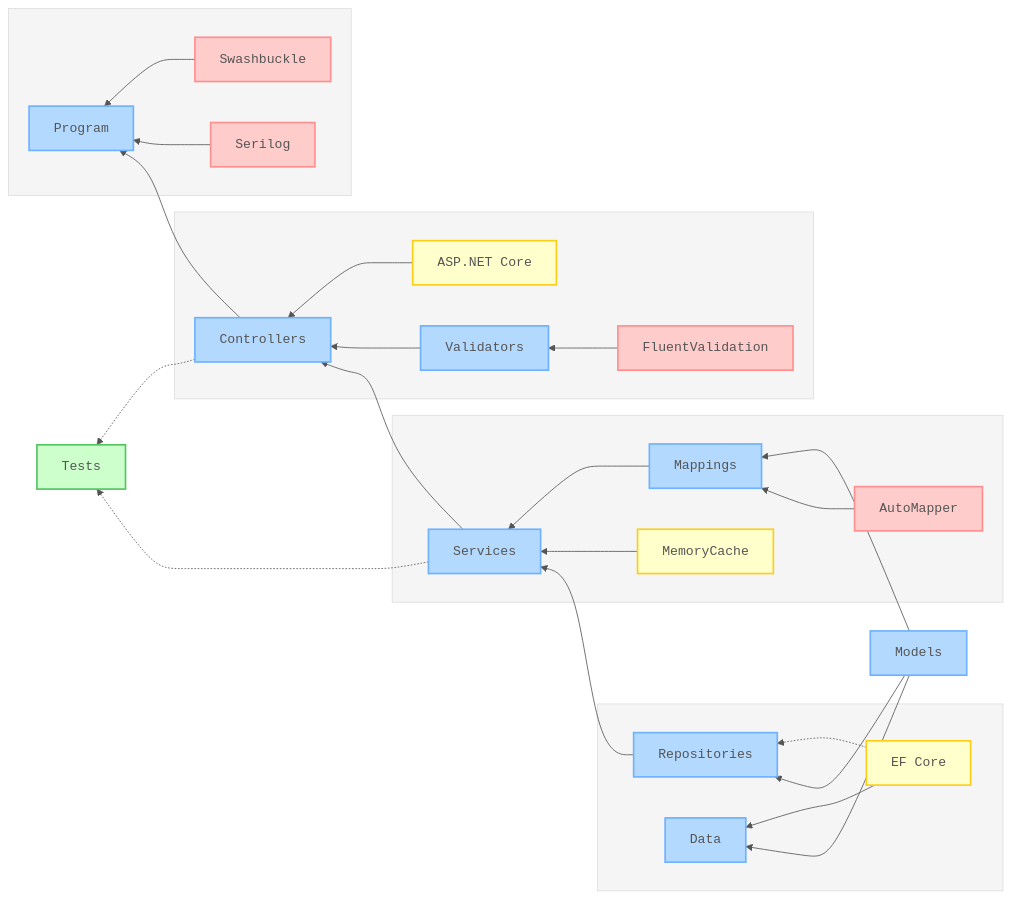
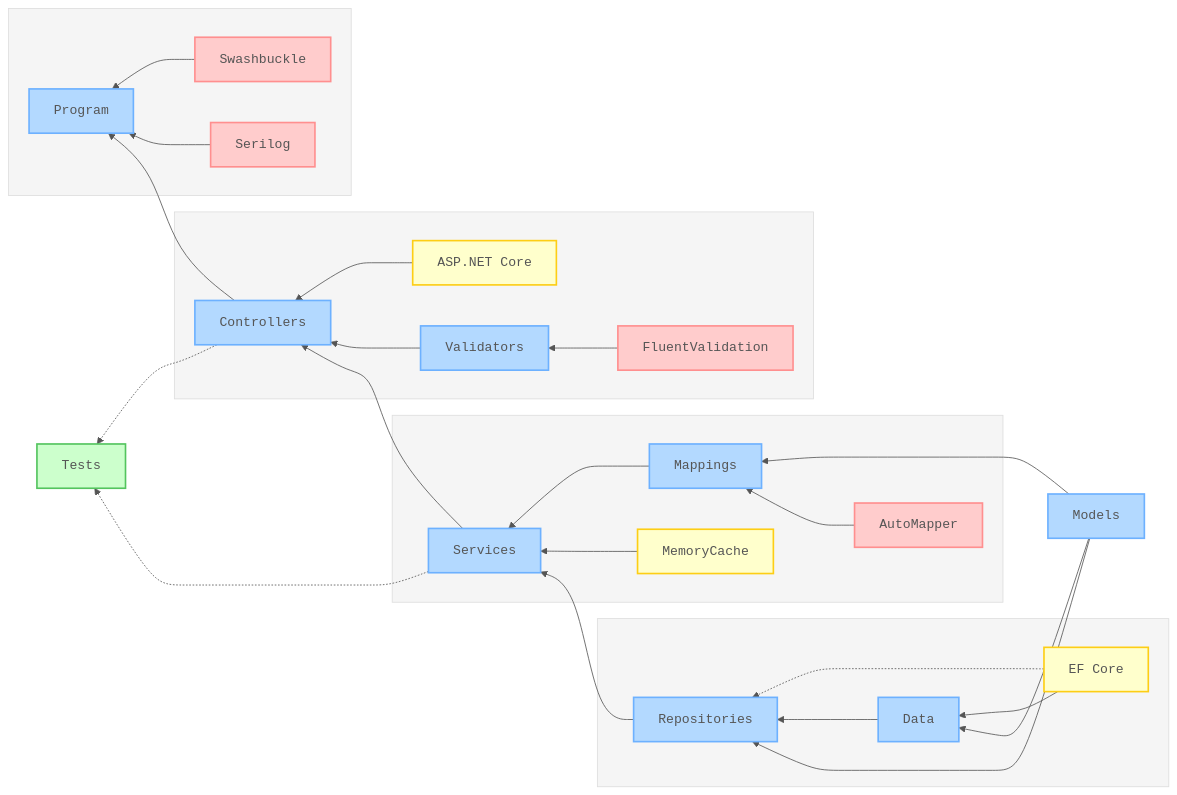
Before and after one commit to nanotaboada/Dotnet.Samples.AspNetCore.WebApi: the diagram in README.md, drawn with Mermaid.

Commit message:
docs(readme): add missing Data→Repositories dependency in diagram
- Repositories consume DbContext (Data) at runtime via constructor
  injection; the edge was missing from the Layer 4 arrows

```diff
--- a/README.md
+++ b/README.md
@@ -165,6 +165,7 @@
     %% Layer 4
     Models --> Repositories
     Models --> Data
+    Data --> Repositories
     EFCore --> Data
     EFCore -.-> Repositories
 
```
